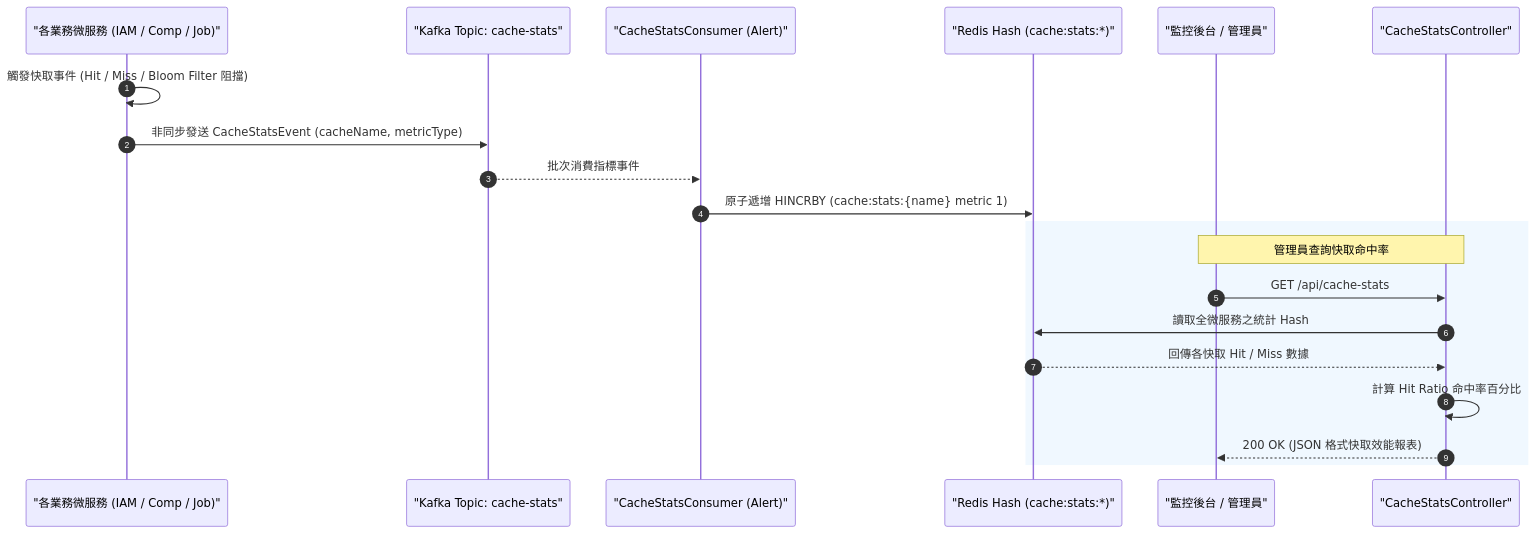
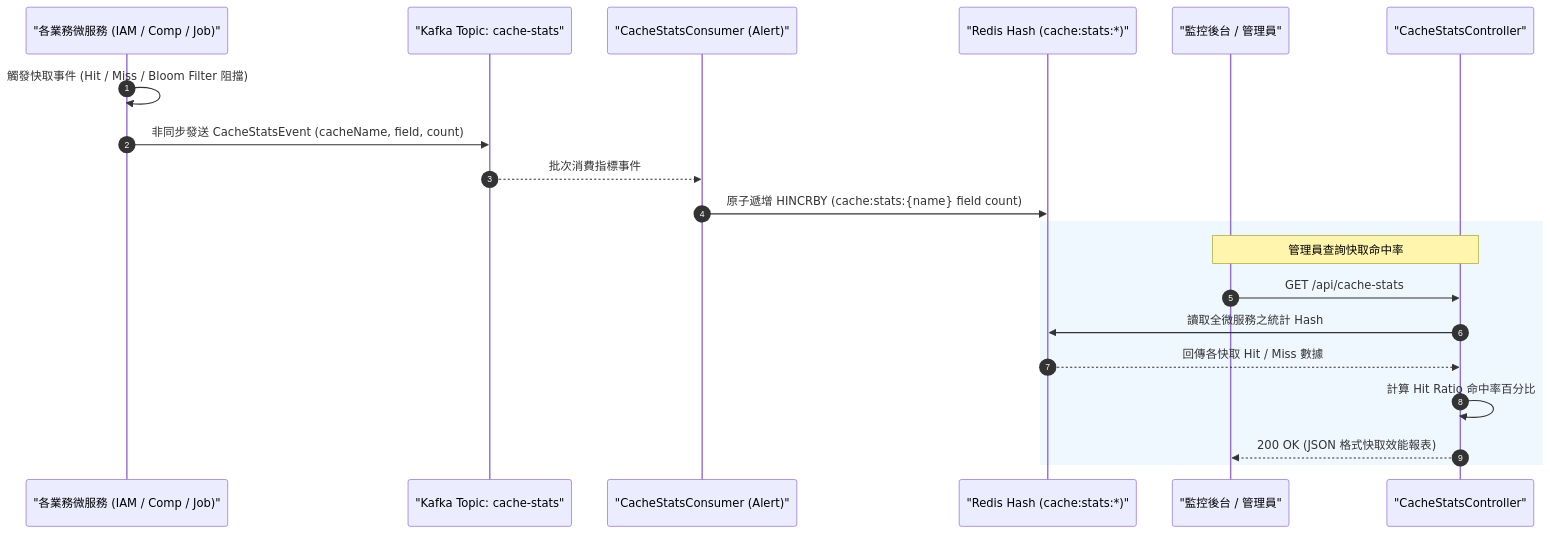
One commit to twinatrick/Backend-Architecture-Lab changed diagram 11 of 15 in README.md. Above: the diagram before and after it, drawn with Mermaid. The commit also changed other lines of this file and 58 other files, not shown here.

````diff
--- a/README.md
+++ b/README.md
@@ -841,24 +920,24 @@
 ```mermaid
 sequenceDiagram
     autonumber
     participant App as "各業務微服務 (IAM / Comp / Job)"
     participant Kafka as "Kafka Topic: cache-stats"
     participant Consumer as "CacheStatsConsumer (Alert)"
     participant Redis as "Redis Hash (cache:stats:*)"
     participant Admin as "監控後台 / 管理員"
     participant Ctrl as "CacheStatsController"
 
     App ->> App: 觸發快取事件 (Hit / Miss / Bloom Filter 阻擋)
-    App ->> Kafka: 非同步發送 CacheStatsEvent (cacheName, metricType)
+    App ->> Kafka: 非同步發送 CacheStatsEvent (cacheName, field, count)
     Kafka -->> Consumer: 批次消費指標事件
-    Consumer ->> Redis: 原子遞增 HINCRBY (cache:stats:{name} metric 1)
+    Consumer ->> Redis: 原子遞增 HINCRBY (cache:stats:{name} field count)
     
     rect rgb(240, 248, 255)
         Note over Admin, Ctrl: 管理員查詢快取命中率
         Admin ->> Ctrl: GET /api/cache-stats
         Ctrl ->> Redis: 讀取全微服務之統計 Hash
         Redis -->> Ctrl: 回傳各快取 Hit / Miss 數據
         Ctrl ->> Ctrl: 計算 Hit Ratio 命中率百分比
         Ctrl -->> Admin: 200 OK (JSON 格式快取效能報表)
     end
 ```
````
